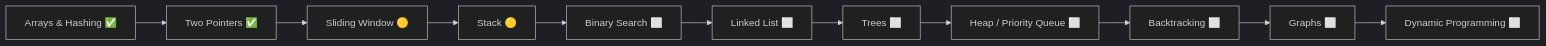
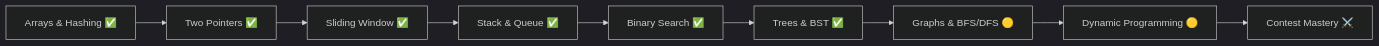
One commit to yogender-ai/DSA-LeetCode-Journey changed the diagram in scripts/README.template.md. Above: the diagram before and after it, drawn with Mermaid (dark theme). The commit also changed other lines of this file and 343 other files, not shown here.

````diff
--- a/scripts/README.template.md
+++ b/scripts/README.template.md
@@ -69,13 +124,11 @@
 ```mermaid
 flowchart LR
     A[Arrays & Hashing ✅] --> B[Two Pointers ✅]
-    B --> C[Sliding Window 🟡]
-    C --> D[Stack 🟡]
-    D --> E[Binary Search ⬜]
-    E --> F[Linked List ⬜]
-    F --> G[Trees ⬜]
-    G --> H[Heap / Priority Queue ⬜]
-    H --> I[Backtracking ⬜]
-    I --> J[Graphs ⬜]
-    J --> K[Dynamic Programming ⬜]
+    B --> C[Sliding Window ✅]
+    C --> D[Stack & Queue ✅]
+    D --> E[Binary Search ✅]
+    E --> F[Trees & BST ✅]
+    F --> G[Graphs & BFS/DFS 🟡]
+    G --> H[Dynamic Programming 🟡]
+    H --> I[Contest Mastery ⚔️]
 ```
````
